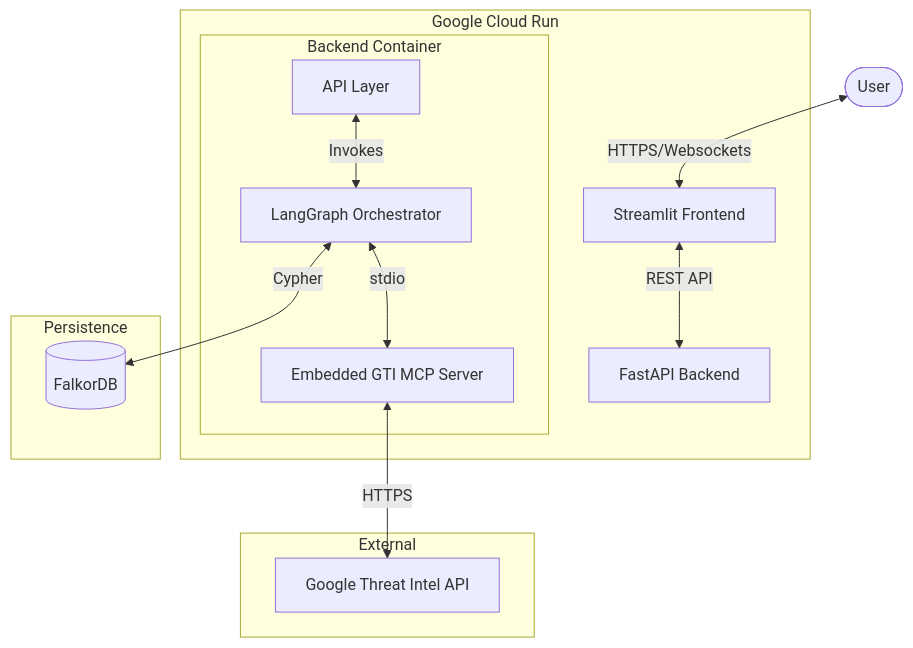
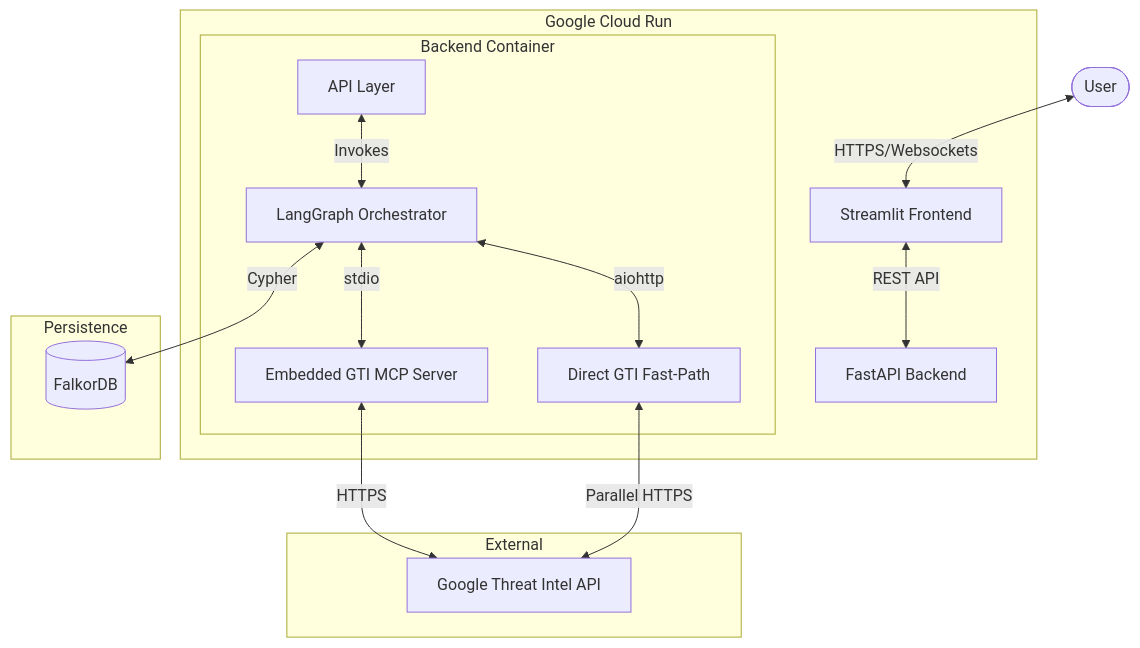
Before and after one commit to repulsivityy/project_harimau: the diagram in docs/architecture.md, drawn with Mermaid. The commit also changed other lines of this file and 6 other files, not shown here.

````diff
--- a/docs/architecture.md
+++ b/docs/architecture.md
@@ -7,21 +7,23 @@
 ```mermaid
 graph TD
     User([User]) <-->|HTTPS/Websockets| Frontend[Streamlit Frontend]
     
     subgraph "Google Cloud Run"
         Frontend <-->|REST API| Backend[FastAPI Backend]
         
         subgraph "Backend Container"
             BackendAPI[API Layer] <-->|Invokes| LG[LangGraph Orchestrator]
             LG <-->|stdio| MCP[Embedded GTI MCP Server]
+            LG <-->|aiohttp| DirectAPI[Direct GTI Fast-Path]
         end
     end
     
     subgraph "Persistence"
         LG <-->|Cypher| GraphDB[(FalkorDB)]
     end
     
     subgraph "External"
         MCP <-->|HTTPS| GoogleTI[Google Threat Intel API]
+        DirectAPI <-->|Parallel HTTPS| GoogleTI
     end
 ```
````
